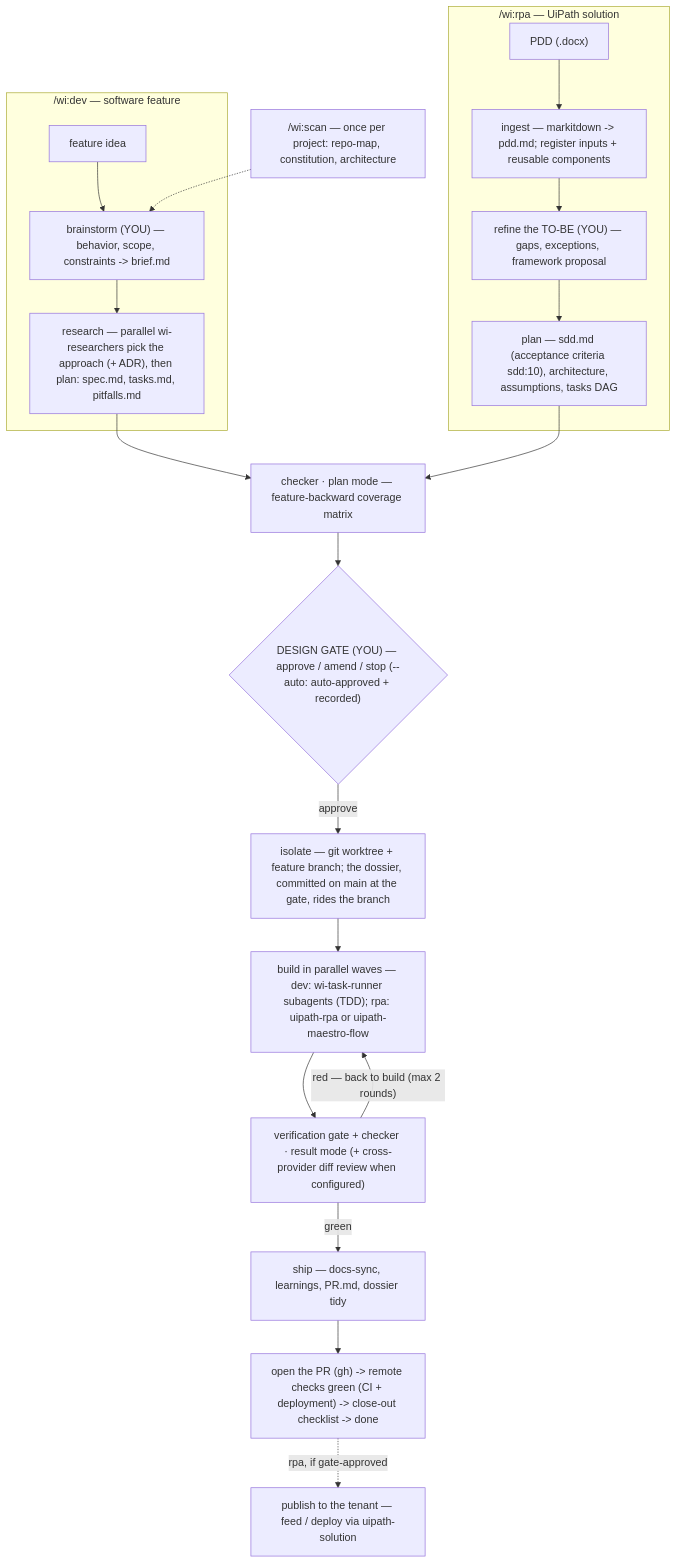
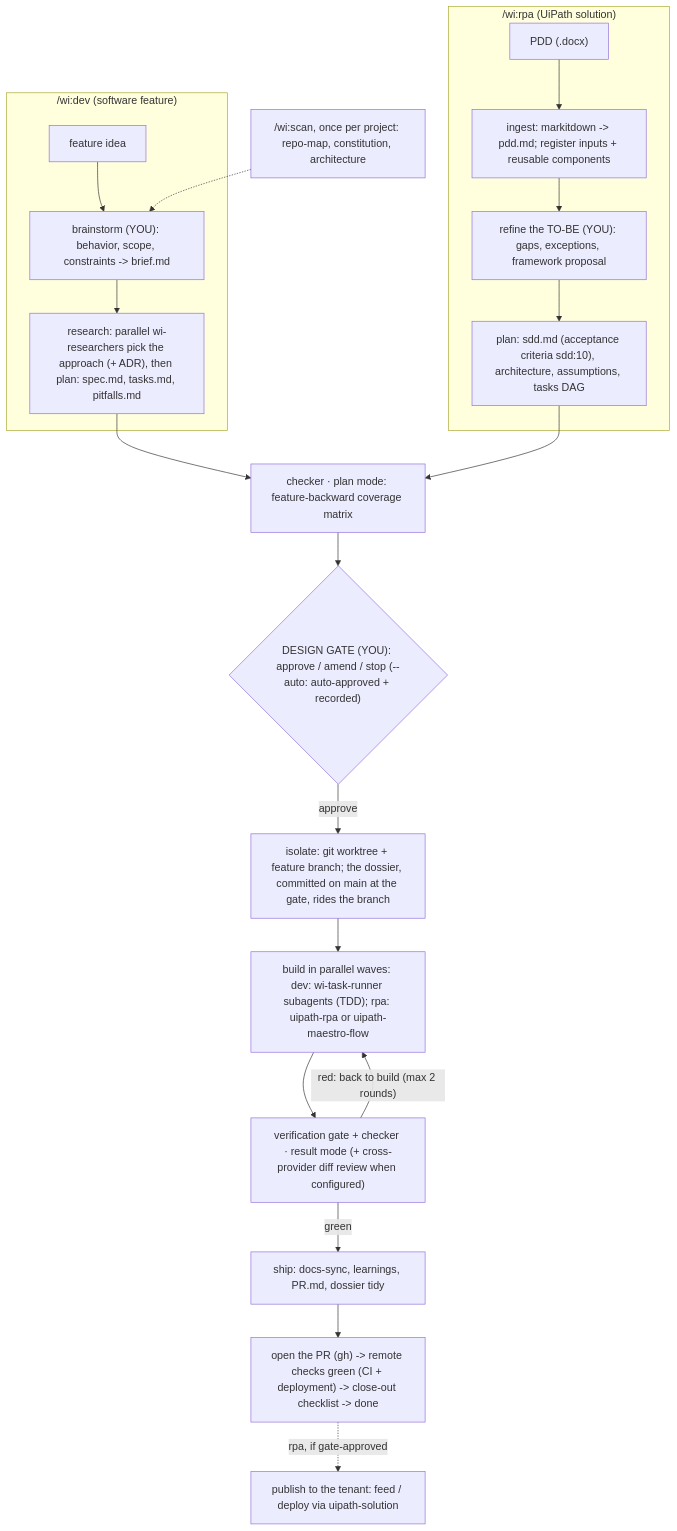
One commit to Wittenberger-Industries/wi-plugin changed the diagram in README.md. Above: the diagram before and after it, drawn with Mermaid. The commit also changed other lines of this file and 49 other files, not shown here.

````diff
--- a/README.md
+++ b/README.md
@@ -82,26 +82,26 @@
 ```mermaid
 flowchart TD
-  subgraph devlane["/wi:dev — software feature"]
-    idea["feature idea"] --> brainstorm["brainstorm (YOU) — behavior, scope, constraints -> brief.md"]
-    brainstorm --> planp["research — parallel wi-researchers pick the approach (+ ADR), then plan: spec.md, tasks.md, pitfalls.md"]
+  subgraph devlane["/wi:dev (software feature)"]
+    idea["feature idea"] --> brainstorm["brainstorm (YOU): behavior, scope, constraints -> brief.md"]
+    brainstorm --> planp["research: parallel wi-researchers pick the approach (+ ADR), then plan: spec.md, tasks.md, pitfalls.md"]
   end
 
-  subgraph rpalane["/wi:rpa — UiPath solution"]
-    pddin["PDD (.docx)"] --> ingest["ingest — markitdown -> pdd.md; register inputs + reusable components"]
-    ingest --> tobe["refine the TO-BE (YOU) — gaps, exceptions, framework proposal"]
-    tobe --> sddplan["plan — sdd.md (acceptance criteria sdd:10), architecture, assumptions, tasks DAG"]
+  subgraph rpalane["/wi:rpa (UiPath solution)"]
+    pddin["PDD (.docx)"] --> ingest["ingest: markitdown -> pdd.md; register inputs + reusable components"]
+    ingest --> tobe["refine the TO-BE (YOU): gaps, exceptions, framework proposal"]
+    tobe --> sddplan["plan: sdd.md (acceptance criteria sdd:10), architecture, assumptions, tasks DAG"]
   end
 
-  scan["/wi:scan — once per project: repo-map, constitution, architecture"] -.-> brainstorm
+  scan["/wi:scan, once per project: repo-map, constitution, architecture"] -.-> brainstorm
 
-  planp --> precheck["checker · plan mode — feature-backward coverage matrix"]
+  planp --> precheck["checker · plan mode: feature-backward coverage matrix"]
   sddplan --> precheck
-  precheck --> gate{"DESIGN GATE (YOU) — approve / amend / stop (--auto: auto-approved + recorded)"}
-  gate -->|approve| isolate["isolate — git worktree + feature branch; the dossier, committed on main at the gate, rides the branch"]
-  isolate --> build["build in parallel waves — dev: wi-task-runner subagents (TDD); rpa: uipath-rpa or uipath-maestro-flow"]
+  precheck --> gate{"DESIGN GATE (YOU): approve / amend / stop (--auto: auto-approved + recorded)"}
+  gate -->|approve| isolate["isolate: git worktree + feature branch; the dossier, committed on main at the gate, rides the branch"]
+  isolate --> build["build in parallel waves: dev: wi-task-runner subagents (TDD); rpa: uipath-rpa or uipath-maestro-flow"]
   build --> verify["verification gate + checker · result mode (+ cross-provider diff review when configured)"]
-  verify -->|"red — back to build (max 2 rounds)"| build
-  verify -->|green| ship["ship — docs-sync, learnings, PR.md, dossier tidy"]
+  verify -->|"red: back to build (max 2 rounds)"| build
+  verify -->|green| ship["ship: docs-sync, learnings, PR.md, dossier tidy"]
   ship --> pr["open the PR (gh) -> remote checks green (CI + deployment) -> close-out checklist -> done"]
-  pr -.->|"rpa, if gate-approved"| publish["publish to the tenant — feed / deploy via uipath-solution"]
+  pr -.->|"rpa, if gate-approved"| publish["publish to the tenant: feed / deploy via uipath-solution"]
 ```
````
